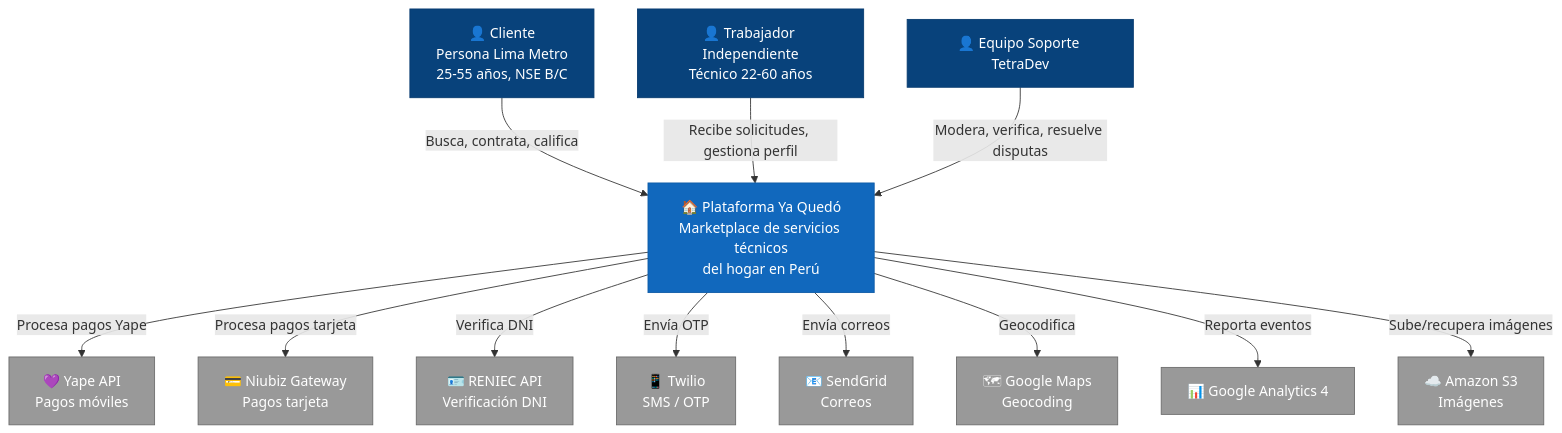
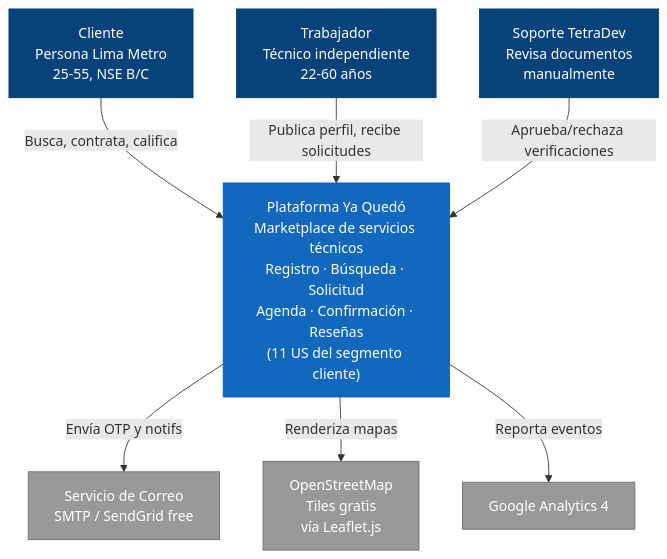
The first of 3 diagrams in tb2/architecture-c4/mermaid-versions.md (yagocz/YaQuedo_TetraDev), drawn with Mermaid before and after one commit. The commit also changed other lines of this file and 13 other files, not shown here.

Commit message:
docs(tb2): update C4 diagrams (drawio + puml + mermaid) and OO design for 6 bounded contexts

````diff
--- a/tb2/architecture-c4/mermaid-versions.md
+++ b/tb2/architecture-c4/mermaid-versions.md
@@ -9,34 +11,24 @@
 ```mermaid
 flowchart TB
     classDef person fill:#08427B,stroke:#073B6F,color:#fff
     classDef system fill:#1168BD,stroke:#0E5BA6,color:#fff
     classDef external fill:#999999,stroke:#6B6B6B,color:#fff
 
-    cliente["👤 Cliente<br/>Persona Lima Metro<br/>25-55 años, NSE B/C"]:::person
-    trabajador["👤 Trabajador Independiente<br/>Técnico 22-60 años"]:::person
-    soporte["👤 Equipo Soporte TetraDev"]:::person
+    cliente["Cliente<br/>Persona Lima Metro<br/>25-55, NSE B/C"]:::person
+    trabajador["Trabajador<br/>Técnico independiente<br/>22-60 años"]:::person
+    soporte["Soporte TetraDev<br/>Revisa documentos<br/>manualmente"]:::person
 
-    yaQuedo["🏠 Plataforma Ya Quedó<br/>Marketplace de servicios técnicos<br/>del hogar en Perú"]:::system
+    yaQuedo["Plataforma Ya Quedó<br/>Marketplace de servicios técnicos<br/>Registro · Búsqueda · Solicitud<br/>Agenda · Confirmación · Reseñas<br/>(11 US del segmento cliente)"]:::system
 
-    yape["💜 Yape API<br/>Pagos móviles"]:::external
-    niubiz["💳 Niubiz Gateway<br/>Pagos tarjeta"]:::external
-    reniec["🪪 RENIEC API<br/>Verificación DNI"]:::external
-    twilio["📱 Twilio<br/>SMS / OTP"]:::external
-    sendgrid["📧 SendGrid<br/>Correos"]:::external
-    maps["🗺 Google Maps<br/>Geocoding"]:::external
-    ga4["📊 Google Analytics 4"]:::external
-    s3["☁️ Amazon S3<br/>Imágenes"]:::external
+    email["Servicio de Correo<br/>SMTP / SendGrid free"]:::external
+    osm["OpenStreetMap<br/>Tiles gratis<br/>vía Leaflet.js"]:::external
+    ga4["Google Analytics 4"]:::external
 
     cliente -- "Busca, contrata, califica" --> yaQuedo
-    trabajador -- "Recibe solicitudes, gestiona perfil" --> yaQuedo
-    soporte -- "Modera, verifica, resuelve disputas" --> yaQuedo
+    trabajador -- "Publica perfil, recibe solicitudes" --> yaQuedo
+    soporte -- "Aprueba/rechaza verificaciones" --> yaQuedo
 
-    yaQuedo -- "Procesa pagos Yape" --> yape
-    yaQuedo -- "Procesa pagos tarjeta" --> niubiz
-    yaQuedo -- "Verifica DNI" --> reniec
-    yaQuedo -- "Envía OTP" --> twilio
-    yaQuedo -- "Envía correos" --> sendgrid
-    yaQuedo -- "Geocodifica" --> maps
+    yaQuedo -- "Envía OTP y notifs" --> email
+    yaQuedo -- "Renderiza mapas" --> osm
     yaQuedo -- "Reporta eventos" --> ga4
-    yaQuedo -- "Sube/recupera imágenes" --> s3
 ```
````
